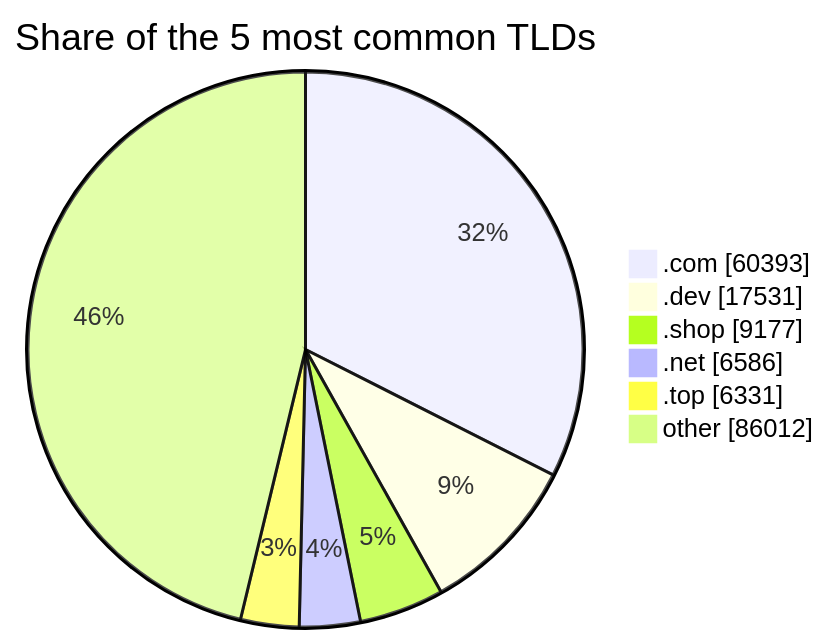
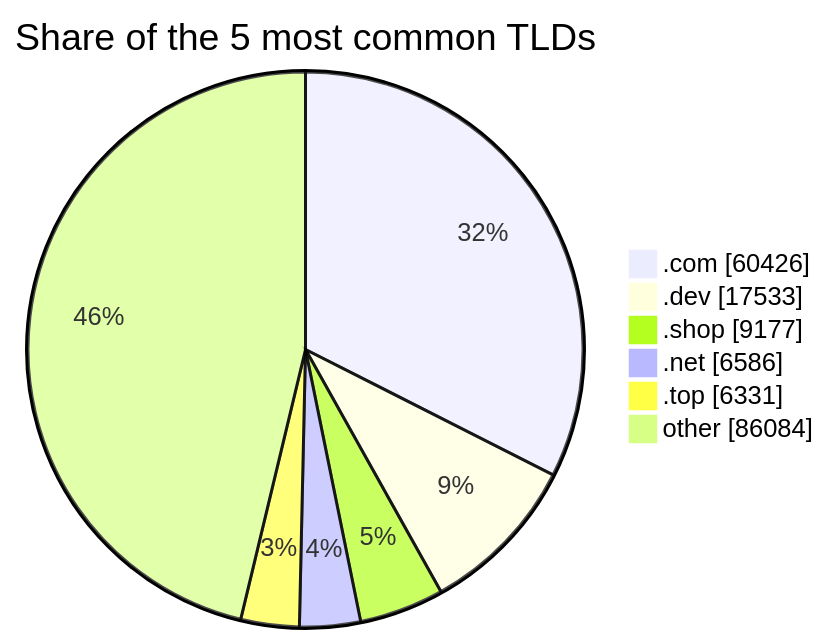
Before and after one commit to DNSBunker/CTI: the third of 3 diagrams in README.md, drawn with Mermaid. The commit also changed other lines of this file and 3 other files, not shown here.

````diff
--- a/README.md
+++ b/README.md
@@ -81,9 +81,9 @@
 ```mermaid
 pie showData title Share of the 5 most common TLDs
-    ".com" : 60393
-    ".dev" : 17531
+    ".com" : 60426
+    ".dev" : 17533
     ".shop" : 9177
     ".net" : 6586
     ".top" : 6331
-    "other" : 86012
+    "other" : 86084
 ```
````
